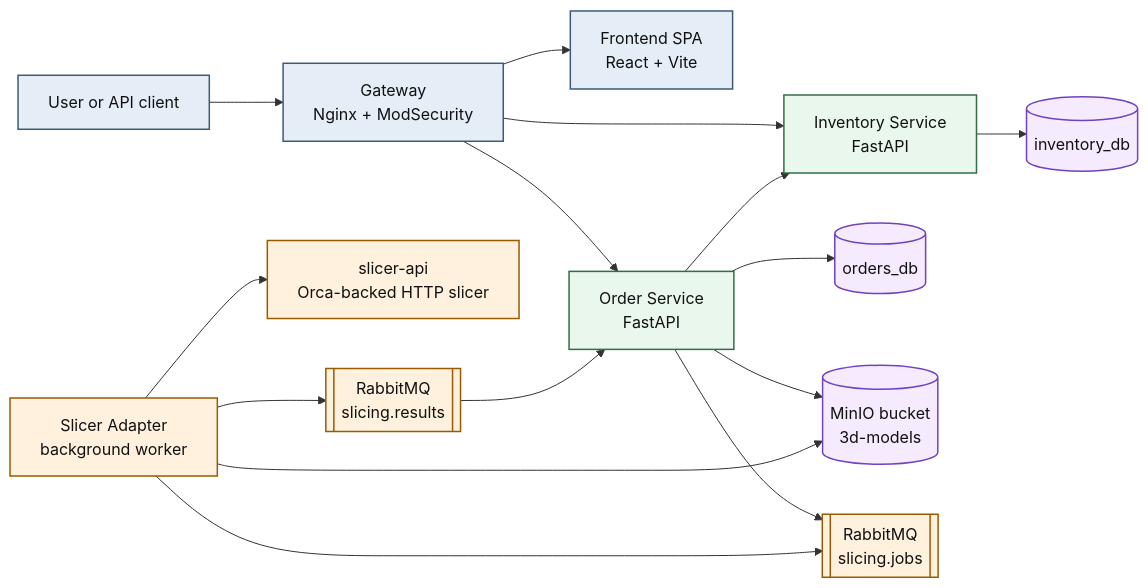
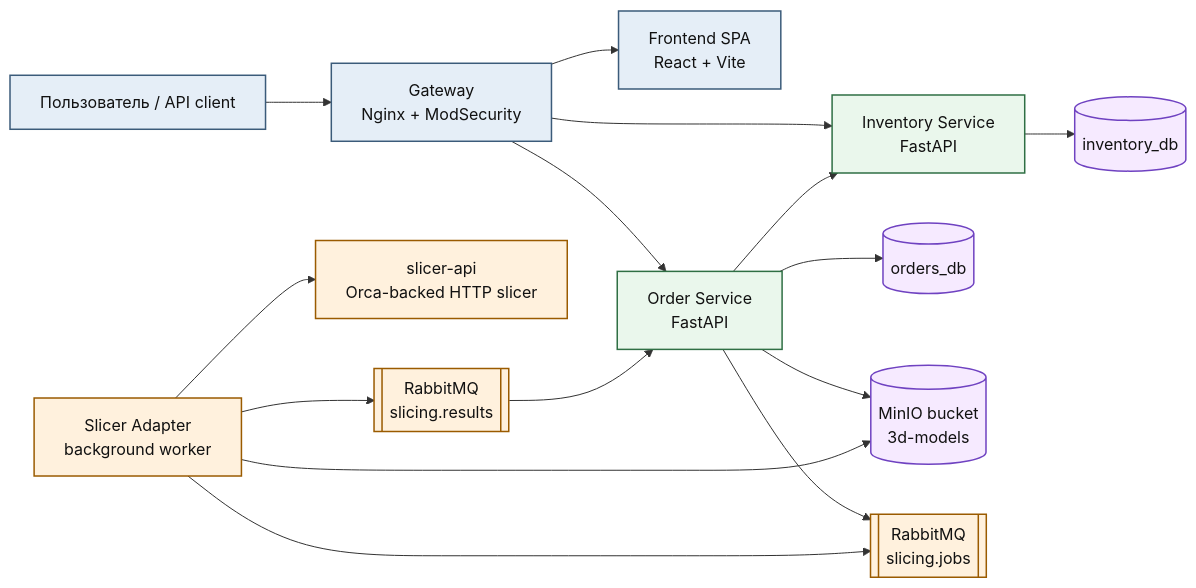
Before and after one commit to qualtt/restful-slice: the first of 3 diagrams in README.md, drawn with Mermaid. The commit also changed other lines of this file, not shown here.

````diff
--- a/README.md
+++ b/README.md
@@ -60,23 +80,23 @@
 ```mermaid
 flowchart LR
     classDef edge fill:#e5eef7,stroke:#3b5b7a,stroke-width:1.5px,color:#111;
     classDef app fill:#eaf7ec,stroke:#2f6f44,stroke-width:1.5px,color:#111;
     classDef async fill:#fff1dd,stroke:#9a5b00,stroke-width:1.5px,color:#111;
     classDef data fill:#f6eaff,stroke:#6f42c1,stroke-width:1.5px,color:#111;
 
-    User[User or API client]:::edge --> Gateway[Gateway<br/>Nginx + ModSecurity]:::edge
+    User[Пользователь / API client]:::edge --> Gateway[Gateway<br/>Nginx + ModSecurity]:::edge
     Gateway --> Frontend[Frontend SPA<br/>React + Vite]:::edge
     Gateway --> OrderSvc[Order Service<br/>FastAPI]:::app
     Gateway --> InventorySvc[Inventory Service<br/>FastAPI]:::app
 
     OrderSvc --> OrdersDB[(orders_db)]:::data
     InventorySvc --> InventoryDB[(inventory_db)]:::data
     OrderSvc --> MinIO[(MinIO bucket<br/>3d-models)]:::data
     OrderSvc --> JobsQ[[RabbitMQ<br/>slicing.jobs]]:::async
     Worker[Slicer Adapter<br/>background worker]:::async --> JobsQ
     Worker --> SlicerAPI[slicer-api<br/>Orca-backed HTTP slicer]:::async
     Worker --> MinIO
     Worker --> ResultsQ[[RabbitMQ<br/>slicing.results]]:::async
     ResultsQ --> OrderSvc
     OrderSvc --> InventorySvc
 ```
````
